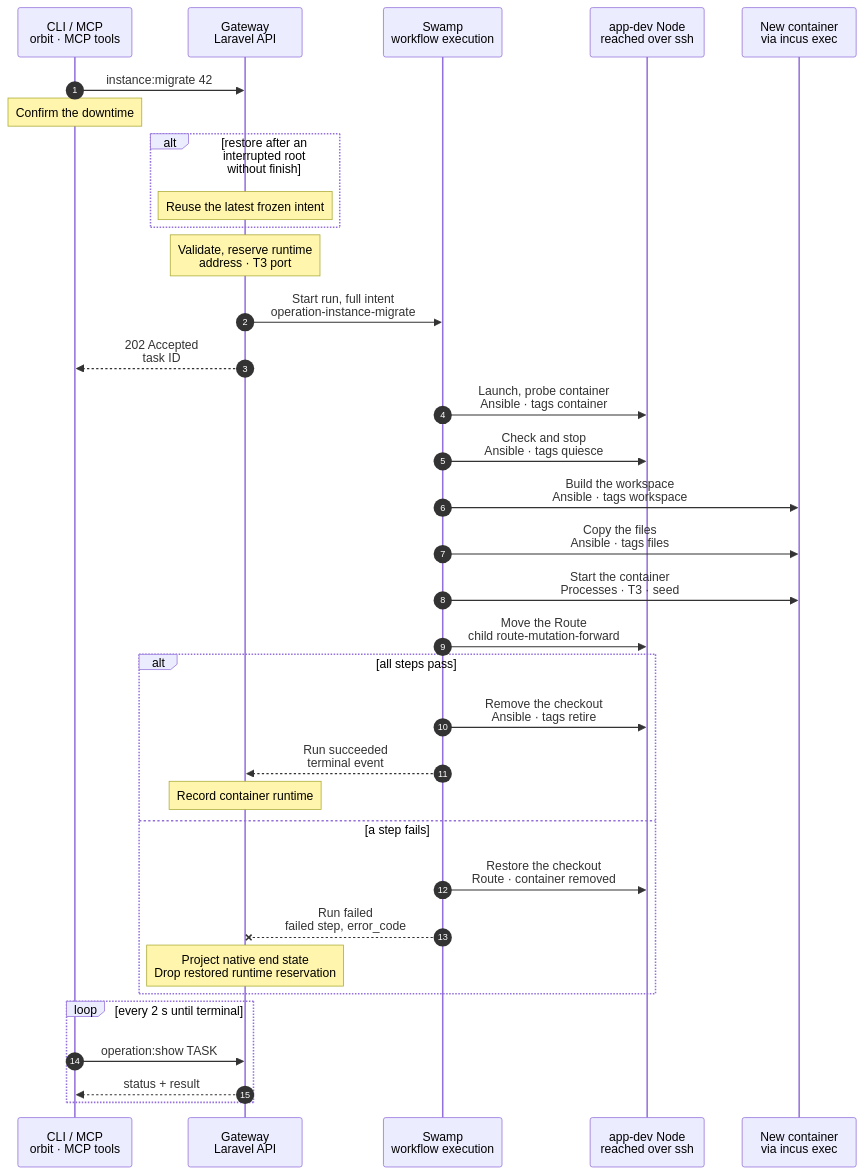
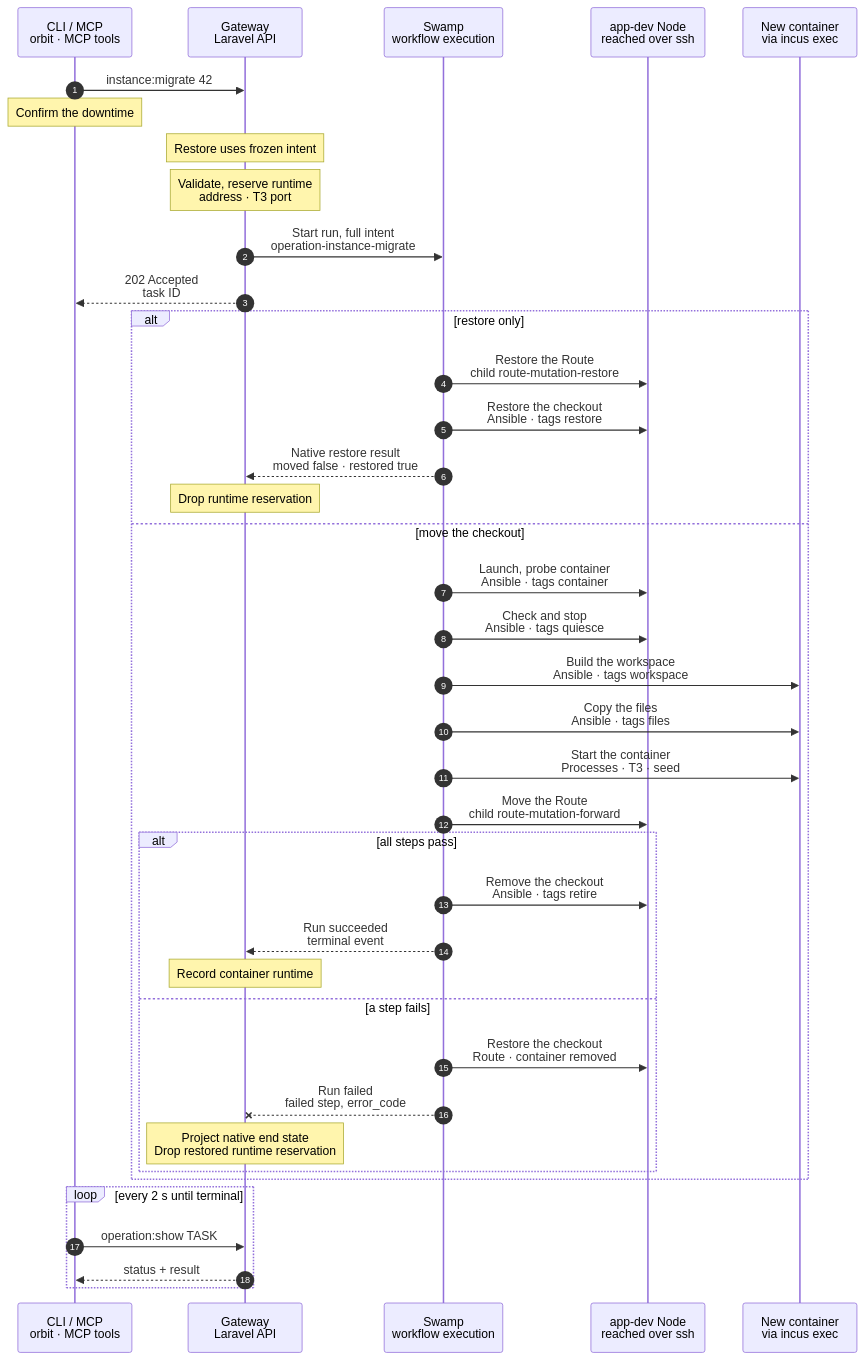
Before and after one commit to hardimpactdev/orbit: the diagram in docs/cli/instance/migrate.mmd, drawn with Mermaid. The commit also changed 31 other files, not shown here.

Commit message:
fix: preserve native migrate end state and bound container starts

```diff
--- a/docs/cli/instance/migrate.mmd
+++ b/docs/cli/instance/migrate.mmd
@@ -1,117 +1,124 @@
 sequenceDiagram
   %% Container runtime (ADR 0250 step 8, docs/reference/development-containers.md#migrate-a-checkout-instance): one checkout Instance moves into a container, with its code. Its database stays where it is, and the container gets its own way to it. A default Instance moves before the other Instances of its Project, and keeps its checkout until its last worktree has moved. The command exists only until the last checkout Instance has moved (docs/reference/old-paths.md). The container steps are the phases of docs/cli/instance/container/create-default.mmd and create.mmd.
   %% status: draft
   %% command: instance:migrate
   %% kind: instance.migrate
   autonumber
   %% lane CLI icon=terminal pill=caller tone=gray
   %% lane GW icon=gateway pill=intent tone=blue
   %% lane SW icon=workflow pill=executes tone=green
   %% lane N icon=server pill=target tone=amber
   %% lane C icon=server pill=target tone=purple
   participant CLI as CLI / MCP<br/>orbit · MCP tools
   participant GW as Gateway<br/>Laravel API
   participant SW as Swamp<br/>workflow execution
   participant N as app-dev Node<br/>reached over ssh
   participant C as New container<br/>via incus exec
   CLI->>GW: instance:migrate 42
   %%> Command:
   %%> - `orbit instance:migrate INSTANCE`
   %%> - syntax: `<instance> [--force] [--restore] [--idempotency-key=KEY] [--json]`
   Note over CLI: Confirm the downtime
   %%> What it asks:
   %%> - the Instance goes down during the move, and its old checkout moves to retention after it; `--force` answers yes
-  alt restore after an interrupted root without finish
-    Note over GW: Reuse the latest frozen intent
+  Note over GW: Restore uses frozen intent
     %%> - `--restore` requires the latest migrate to be interrupted without a native finish, else `instance.migrate_restore_unavailable`
     %%> - retirement must not have begun and the container must not own the Instance, else `instance.migrate_restore_unsafe`
     %%> - admits a new Operation of the same kind, with only Route restore, container removal and host Process/awake restore; it never repeats the move
-  end
   Note over GW: Validate, reserve runtime<br/>address · T3 port
   %%> Requirements:
   %%> - the Instance is an active checkout Instance on an `app-dev` Node of the build list, else `instance.migrate_unsupported`
   %%> - a non-default Instance needs its Project's default Instance in a container first, else `instance.default_not_migrated`
   %%> - the Instance has only ordinary systemd or supported `vp-dev` Processes, no unfinished deployment or Process operation/runtime cleanup and no Route beside its own; a non-default Instance needs Conn and the model router, as a clone does
   %%> - `vp-dev` keeps its identity, assigned port and desired state; unsupported preset versions, custom commands, external paths and recorded container port conflicts refuse before downtime, naming the Process and reason
   %%> - a web-serving Project names its PHP version; a missing version refuses with `project.source_defaults_incomplete`, naming `orbit project:update PROJECT --source-access=github_app` to record it from source
   %%> - a database on a Database server has an IPv4 address and a port, else `instance.database_clone_unsupported`
   %%> Result:
   %%> - the runtime record is reserved: the next bridge address and, for a non-default Instance, the lowest free T3 port
   %%> - the checkout stays the Instance's runtime until the Route has moved; the Route's Node is held for the run
   %%> - the Instance takes no deployment and no wake while the run lasts
   %%> - a non-default Instance's placeholder model key goes to the vault
   %%> - the whole-run budget sums the declared workflow step timeouts, including Route children, restore and cleanup, plus admission and settlement margin
   GW->>SW: Start run, full intent<br/>operation-instance-migrate
   GW-->>CLI: 202 Accepted<br/>task ID
+  alt restore only
+    SW->>N: Restore the Route<br/>child route-mutation-restore
+    SW->>N: Restore the checkout<br/>Ansible · tags restore
+    %%> - checks the Node's retirement checkpoint and host checkout before deleting any container
+    %%> - removes the interrupted move's container, ACL, firewall rules and mirror, then restores the host Processes and awake marker if quiesce began
+    SW-->>GW: Native restore result<br/>moved false · restored true
+    Note over GW: Drop runtime reservation
+  else move the checkout
   SW->>N: Launch, probe container<br/>Ansible · tags container
   %%> What it does:
   %%> - before any Node change, checks the recorded branch and every planned retirement; a refusal leaves prior resources untouched
   %%> - checks checkout symlinks and dependency package links before creating the container, skipping `.git` and installed package contents; broken links or targets outside the checkout refuse with `instance.migrate_symlink_unsupported`, naming every path and target
   %%> - retirement preflight refuses unpushed local branches or detached HEAD and stashes, with their existing named errors; it reads local refs only
   %%> - deletes a container that an earlier failed move left, then creates and starts the new container through the shared container phase; discard leaves shared bridge endpoint rules for host reconciliation
   %%> - each attached target gets an exact TCP allow in both the bridge and NIC ACLs; both keep default reject. Endpoint adds reread on ETag conflict, at most five attempts with a one-second delay
   %%> - probes every attached target from inside the container before downtime, else `instance.database_unreachable`
   %%> - fetches the branch from the checkout into the Node's mirror, including commits never pushed
   SW->>N: Check and stop<br/>Ansible · tags quiesce
   %%> What it does:
   %%> - repeats the branch, retirement and source symlink checks before stopping writers
   %%> - stops and disables the host Process units, then removes the awake marker
   %%> - records that quiesce began, so a failure before it never restarts host units or rewrites the awake marker
   SW->>C: Build the workspace<br/>Ansible · tags workspace
   %%> What it does:
   %%> - pushes the branch in as a bundle and checks it out in a standalone repository in `/srv/workspace`
   %%> - a non-default checkout is a linked worktree, so its `.git` is never copied
   SW->>C: Copy the files<br/>Ansible · tags files
   %%> What it does:
   %%> - copies every file that differs from the commit, every untracked file and every ignored file, `.env` among them
   %%> - removes the tracked files that the checkout deleted, and rewrites the checkout's path in `.env` to `/srv/workspace`
   %%> - checks the exact copied tree inside the container, maps old-checkout targets into the workspace and rewrites absolute internal links there; broken or external links fail with the same code before any Process starts, relative links keep their targets, and source links never change
   %%> - a non-default Instance gets the proxy device that publishes its T3 port
   SW->>C: Start the container<br/>Processes · T3 · seed
   %%> What it does:
   %%> - starts FrankenPHP and the Instance's existing Processes as `orbit`, with the same ids and desired states; their environment files come through the vault
   %%> - writes the shared FrankenPHP Caddyfile and unit; only the Node's bridge peer with `X-Forwarded-Proto: https` sets PHP's HTTPS scheme, port and resolved client IP; other requests keep native values
   %%> - container units order after `network.target`, without pulling in `network-online.target`; starts are nonblocking, followed by a bounded readiness check for each unit
   %%> - `vp-dev` uses the runtime folder’s `current/bin/vp`, workspace paths and its assigned port on `0.0.0.0`; only the Node can reach that port, and Caddy sends `/__orbit/vite` there
   %%> - a non-default Instance gets `/etc/orbit/instance`, the agent settings and its T3 server, registered as in create
   %%> - a default Instance gets its first `seed-<commit>` snapshot
   SW->>N: Move the Route<br/>child route-mutation-forward
   %%> What it does:
   %%> - points the Instance's Route at FrankenPHP in the container, and withdraws the checkout's PHP-FPM pool
   alt all steps pass
     SW->>N: Remove the checkout<br/>Ansible · tags retire
     %%> What it does:
     %%> - removes the old host Process units and their environment folders
     %%> - repeats the same retirement preflight as an early warning; a new blocker leaves the container serving and the checkout intact
     %%> - atomically moves each old checkout under `<checkout>.orbit-retired-git/<sha256 of original path>`; the retained root is beside the migrating Instance's checkout
     %%> - keeps the whole tree, including Git objects, refs, reflogs, `.git/modules` and nested repositories; a late worktree cannot lose its Git metadata to retirement
     %%> - records `retained_git_path` and `retained_git_at` on the Instance; `instance:show` and the Instance API expose them
     %%> - writes the awake marker; a default's checkout stays until its last worktree has moved; retirement never deletes or prunes Git metadata
     %%> If it fails:
     %%> - the container stays the Instance; the run fails with `instance.migrate_retire_failed`, and the source or retained checkout stays on the Node
     SW-->>GW: Run succeeded<br/>terminal event
     Note over GW: Record container runtime
     %%> Result:
     %%> - the Instance's workspace is the container's; the runtime runs, a default's row holds its seed commit
     %%> - a SQLite file moved with the files, so its connection record goes; stored `.env` values follow the new path
     %%> - the Conn layer records a non-default Instance's T3 server from the result
   else a step fails
     SW->>N: Restore the checkout<br/>Route · container removed
     %%> What it does:
     %%> - puts the Route back on the checkout when the run had moved it
     %%> - deletes the new container, its ACL, its firewall rules and its mirror
     %%> - restores host Process units and the awake marker only when quiesce began; an unreachable target causes zero downtime
     %%> - the checkout and database remain in place
     SW--xGW: Run failed<br/>failed step, error_code
     Note over GW: Project native end state<br/>Drop restored runtime reservation
     %%> - after a Gateway deadline or confirmed cancel, read the native finish and step history; moved/restored/ready and the native error code decide the receipt and runtime ownership
     %%> - only a run with no native end keeps `operation.timed_out`; a restored checkout has no container reservation, so Process commands reach the host
     %%> Retry:
     %%> - run the same command again; it starts with a new container
     %%> - a restore that failed keeps the reserved record and its address, and names the failed step
     %%> - an interrupted root with no finish records moved/restored/ready as unknown and names `orbit instance:migrate INSTANCE --restore --force`; restore refuses after retirement began
   end
+  end
   loop every 2 s until terminal
     CLI->>GW: operation:show TASK
     GW-->>CLI: status + result
   end
```
